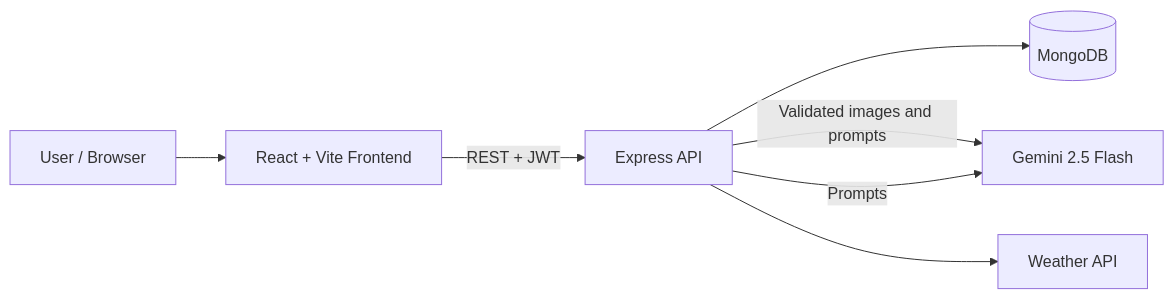
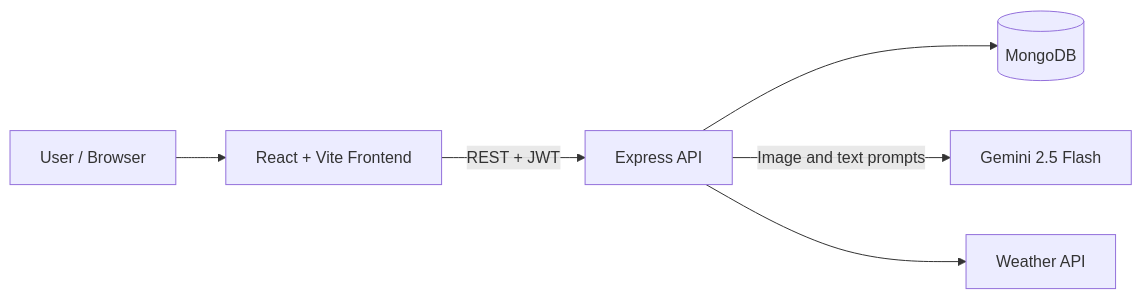
One commit to VisheshPanwar2003/Agriculture-Ai changed the diagram in README.md. Above: the diagram before and after it, drawn with Mermaid. The commit also changed other lines of this file and 47 other files, not shown here.

````diff
--- a/README.md
+++ b/README.md
@@ -85,9 +100,8 @@
 ```mermaid
 flowchart LR
     U[User / Browser] --> F[React + Vite Frontend]
     F -->|REST + JWT| B[Express API]
     B --> M[(MongoDB)]
-    B -->|Validated images and prompts| G[Gemini 2.5 Flash]
-    B -->|Prompts| G
+    B -->|Image and text prompts| G[Gemini 2.5 Flash]
     B --> W[Weather API]
 ```
````
